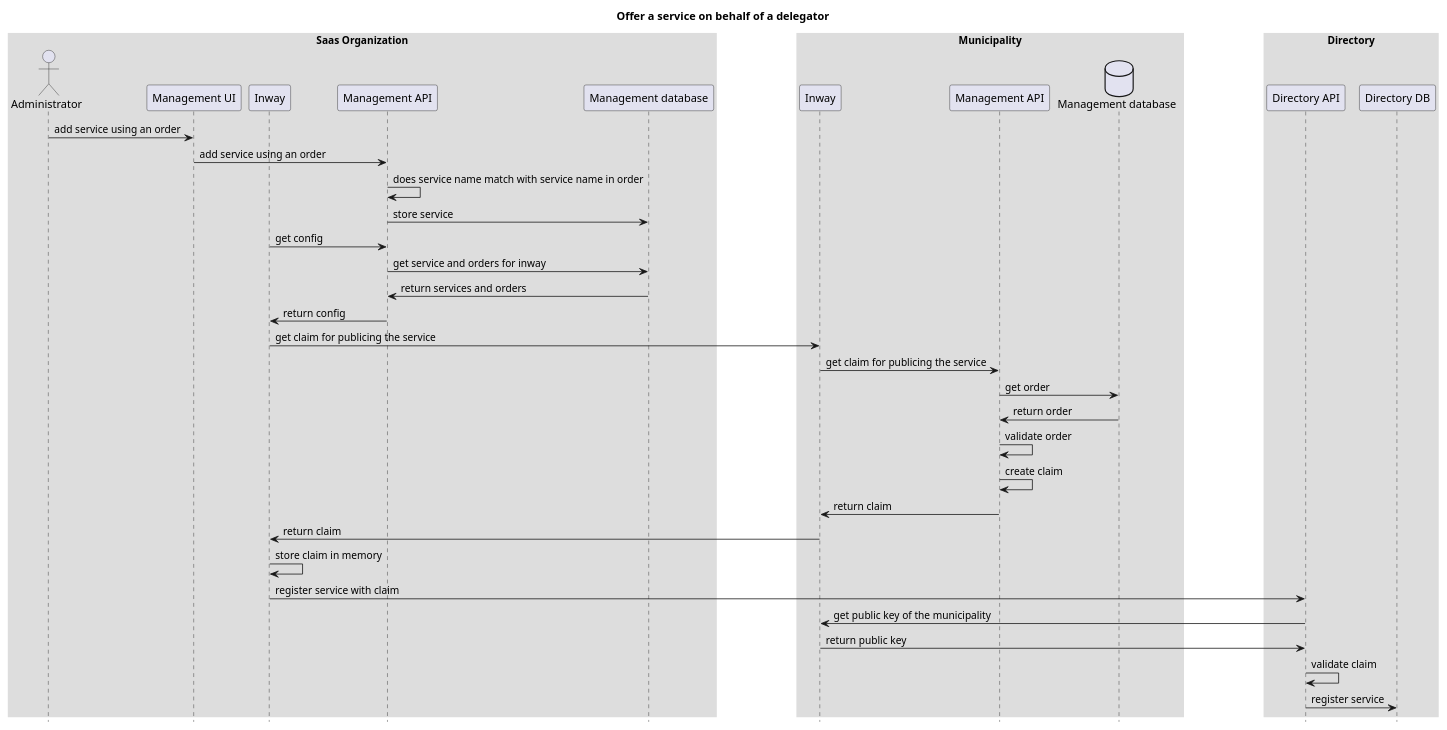
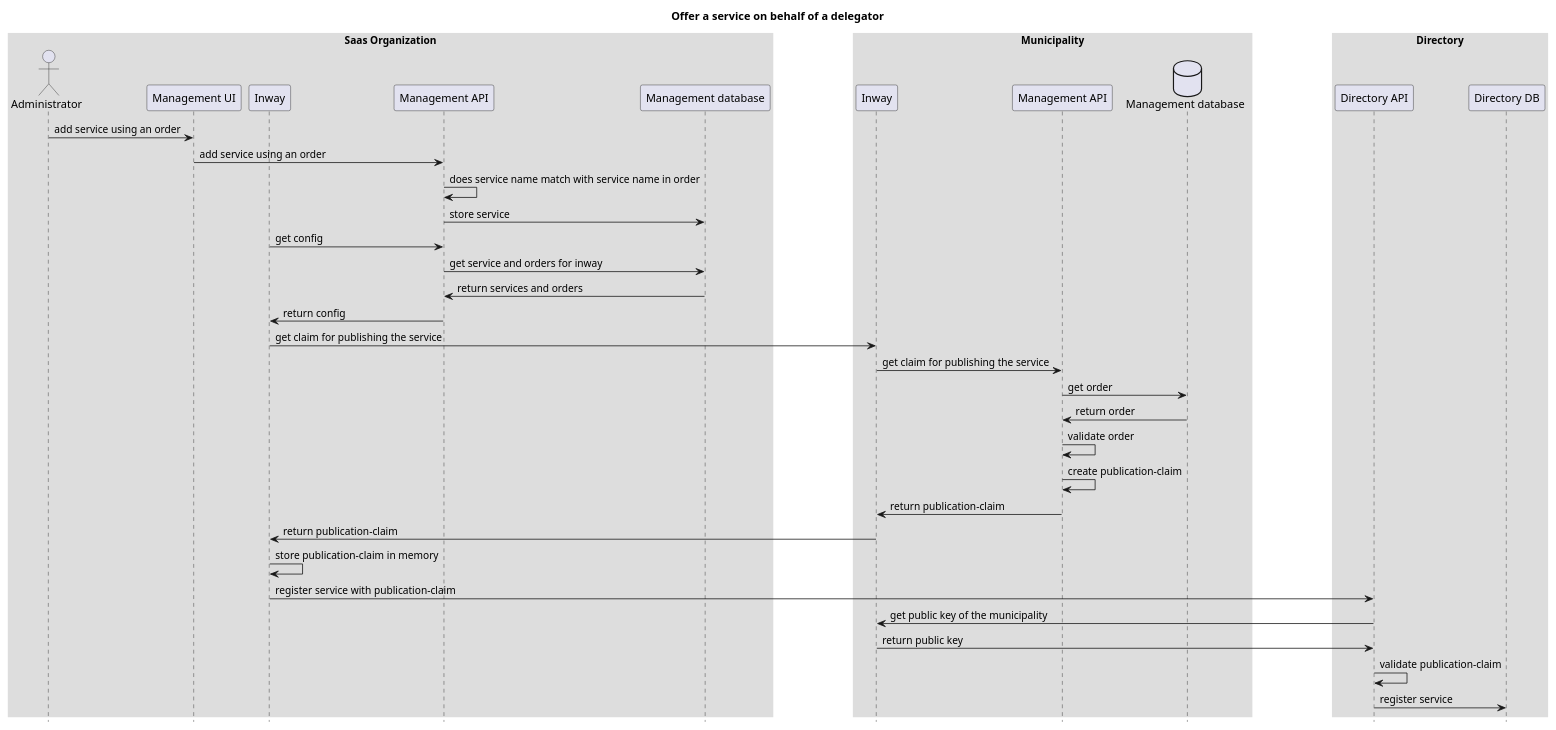
The diagram in technical-docs/sequence-diagrams/data-delegation-offer-service.puml (VNG-Realisatie/nlx), drawn with PlantUML before and after one commit. The commit also changed 2 other files, not shown here.

Commit message:
docs: increase destinction between claims in the sequence diagrams
Issue: #1171

```diff
--- a/technical-docs/sequence-diagrams/data-delegation-offer-service.puml
+++ b/technical-docs/sequence-diagrams/data-delegation-offer-service.puml
@@ -1,52 +1,52 @@
 @startuml
 title: Offer a service on behalf of a delegator
 
 skinparam sequenceBoxBorderColor #transparent
 skinparam boxPadding 50
 hide footbox
 
 box "Saas Organization"
 actor "Administrator" as administratorSaasOrganization
 participant "Management UI" as managementUISaasOrganization
 participant "Inway" as inwaySaasOrganization
 participant "Management API" as managementAPISaasOrganization
 participant "Management database" as managementDatabaseSaasOrganization
 end box
 
 box "Municipality"
 participant "Inway" as inwayMunicipality
 participant "Management API" as managementAPIMunicipality
 database "Management database" as managementDatabaseMunicipality
 end box
 
 box "Directory"
 participant "Directory API" as directoryAPI
 participant "Directory DB" as directoryDatabase
 end box
 
 administratorSaasOrganization -> managementUISaasOrganization: add service using an order
 managementUISaasOrganization -> managementAPISaasOrganization: add service using an order
 managementAPISaasOrganization -> managementAPISaasOrganization: does service name match with service name in order
 managementAPISaasOrganization -> managementDatabaseSaasOrganization: store service
 
 inwaySaasOrganization -> managementAPISaasOrganization: get config
 managementAPISaasOrganization -> managementDatabaseSaasOrganization: get service and orders for inway
 managementDatabaseSaasOrganization -> managementAPISaasOrganization: return services and orders
 managementAPISaasOrganization -> inwaySaasOrganization: return config
 
-inwaySaasOrganization -> inwayMunicipality: get claim for publicing the service
-inwayMunicipality -> managementAPIMunicipality: get claim for publicing the service
+inwaySaasOrganization -> inwayMunicipality: get claim for publishing the service
+inwayMunicipality -> managementAPIMunicipality: get claim for publishing the service
 managementAPIMunicipality -> managementDatabaseMunicipality: get order
 managementDatabaseMunicipality -> managementAPIMunicipality: return order
 managementAPIMunicipality -> managementAPIMunicipality: validate order
-managementAPIMunicipality -> managementAPIMunicipality: create claim
-managementAPIMunicipality -> inwayMunicipality: return claim
-inwayMunicipality -> inwaySaasOrganization: return claim
-inwaySaasOrganization -> inwaySaasOrganization: store claim in memory
-inwaySaasOrganization -> directoryAPI: register service with claim
+managementAPIMunicipality -> managementAPIMunicipality: create publication-claim
+managementAPIMunicipality -> inwayMunicipality: return publication-claim
+inwayMunicipality -> inwaySaasOrganization: return publication-claim
+inwaySaasOrganization -> inwaySaasOrganization: store publication-claim in memory
+inwaySaasOrganization -> directoryAPI: register service with publication-claim
 directoryAPI -> inwayMunicipality: get public key of the municipality
 inwayMunicipality -> directoryAPI: return public key
-directoryAPI -> directoryAPI: validate claim
+directoryAPI -> directoryAPI: validate publication-claim
 directoryAPI -> directoryDatabase: register service
 
 @enduml
```
